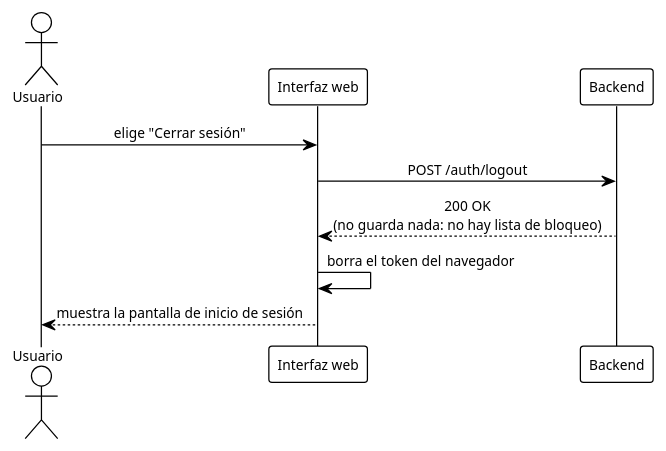
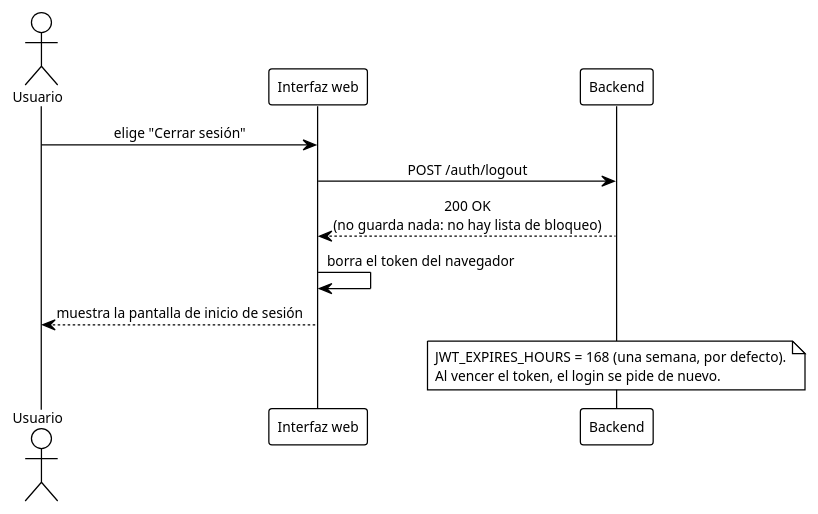
One commit to ErickJester/fst-ai-system-latex changed diagram 23 of 39 in INSTRUCCIONES-WEB.md. Above: the diagram before and after it, drawn with PlantUML. The commit also changed other lines of this file and 89 other files, not shown here.

````diff
--- a/INSTRUCCIONES-WEB.md
+++ b/INSTRUCCIONES-WEB.md
@@ -2350,18 +2351,22 @@
 ```plantuml
 @startuml seq_logout
 !theme plain
 skinparam defaultFontName Arial
 skinparam defaultFontSize 11
 skinparam shadowing false
 skinparam sequenceMessageAlign center
 actor Usuario as u
 participant "Interfaz web" as ui
 participant Backend as api
 
 u -> ui: elige "Cerrar sesión"
 ui -> api: POST /auth/logout
 api --> ui: 200 OK\n(no guarda nada: no hay lista de bloqueo)
 ui -> ui: borra el token del navegador
 ui --> u: muestra la pantalla de inicio de sesión
+note over api
+  JWT_EXPIRES_HOURS = 168 (una semana, por defecto).
+  Al vencer el token, el login se pide de nuevo.
+end note
 @enduml
 ```
````
